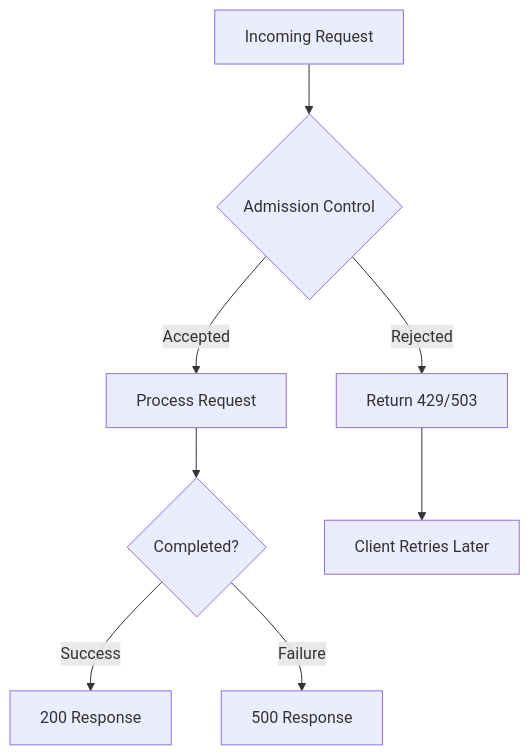
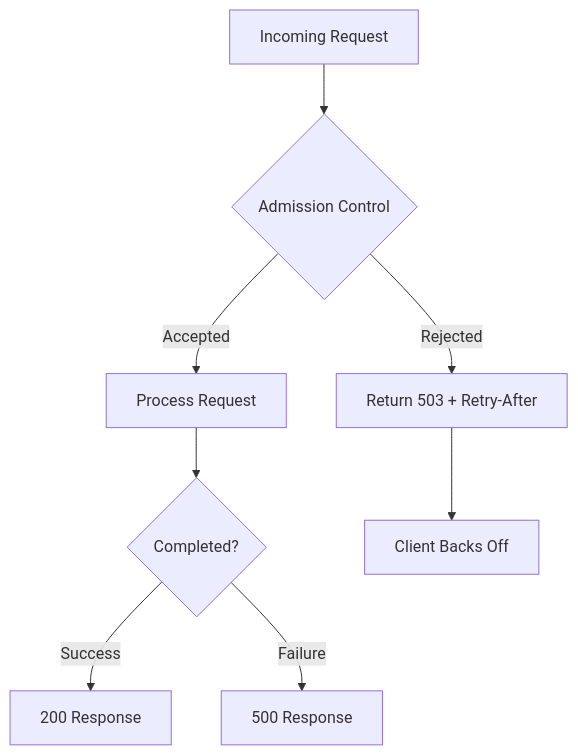
The second of 2 diagrams in src/content/articles/backpressure-load-shedding-admission-control-overload/index.mdx (webstackdev/astro.webstackbuilders.com), drawn with Mermaid before and after one commit. The commit also changed other lines of this file and 4 other files, not shown here.

````diff
--- a/src/content/articles/backpressure-load-shedding-admission-control-overload/index.mdx
+++ b/src/content/articles/backpressure-load-shedding-admission-control-overload/index.mdx
@@ -174,12 +93,12 @@
 ```mermaid
 graph TD
     A[Incoming Request] --> B{Admission Control}
     B -->|Accepted| C[Process Request]
-    B -->|Rejected| D[Return 429/503]
+    B -->|Rejected| D[Return 503 + Retry-After]
 
     C --> E{Completed?}
     E -->|Success| F[200 Response]
     E -->|Failure| G[500 Response]
 
-    D --> H[Client Retries Later]
+    D --> H[Client Backs Off]
 ```
````
